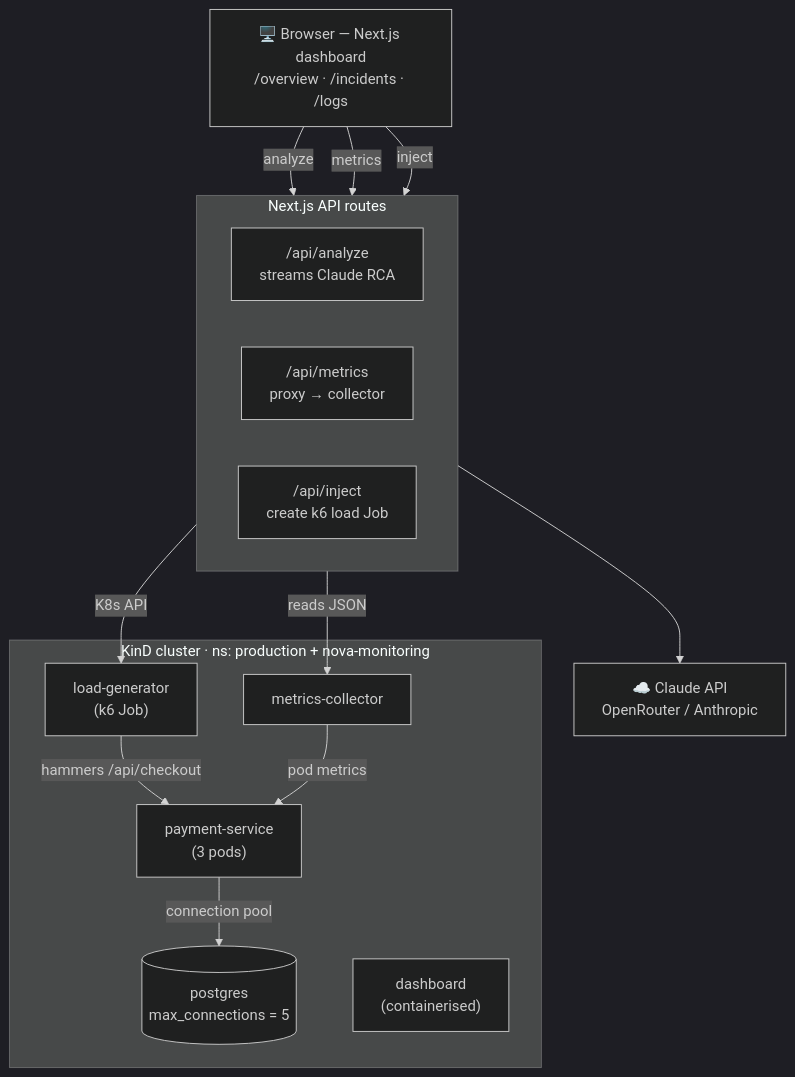
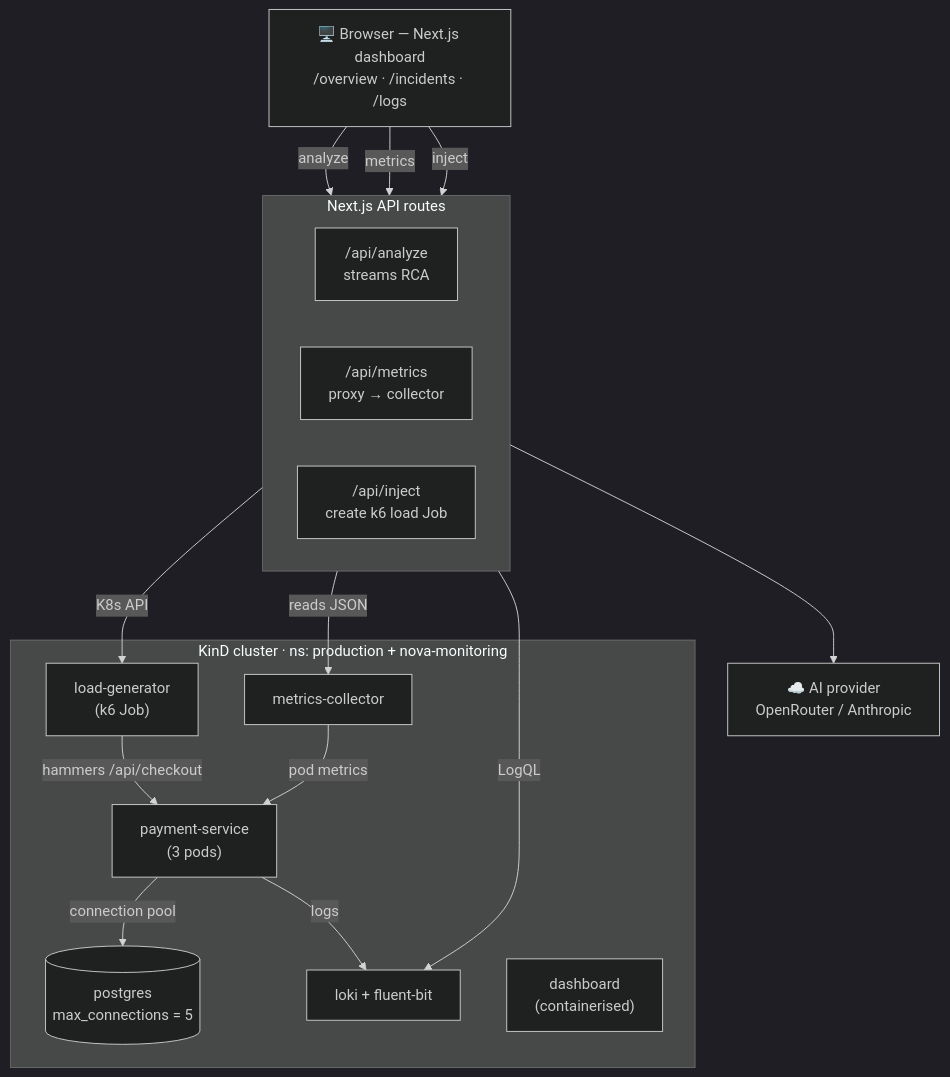
Before and after one commit to maheshshekhar/nova: the second of 3 diagrams in README.md, drawn with Mermaid (dark theme). The commit also changed other lines of this file, not shown here.

````diff
--- a/README.md
+++ b/README.md
@@ -200,33 +284,36 @@
 ```mermaid
 flowchart TB
     UI["🖥️ Browser — Next.js dashboard<br/>/overview · /incidents · /logs"]
 
     subgraph api["Next.js API routes"]
         direction LR
-        ANALYZE["/api/analyze<br/>streams Claude RCA"]
+        ANALYZE["/api/analyze<br/>streams RCA"]
         METRICS["/api/metrics<br/>proxy → collector"]
         INJECT["/api/inject<br/>create k6 load Job"]
     end
 
-    CLAUDE["☁️ Claude API<br/>OpenRouter / Anthropic"]
+    CLAUDE["☁️ AI provider<br/>OpenRouter / Anthropic"]
 
     subgraph cluster["KinD cluster · ns: production + nova-monitoring"]
-        PS["payment-service<br/>(3 pods)"]
+        PSVC["payment-service<br/>(3 pods)"]
         PG[("postgres<br/>max_connections = 5")]
         MC["metrics-collector"]
         LG["load-generator<br/>(k6 Job)"]
+        LOKI["loki + fluent-bit"]
         DASH["dashboard<br/>(containerised)"]
     end
 
     UI -->|analyze| ANALYZE
     UI -->|metrics| METRICS
     UI -->|inject| INJECT
 
     ANALYZE --> CLAUDE
+    ANALYZE -->|LogQL| LOKI
     METRICS -->|reads JSON| MC
     INJECT -->|K8s API| LG
 
-    LG -->|hammers /api/checkout| PS
-    PS -->|connection pool| PG
-    MC -->|pod metrics| PS
+    LG -->|hammers /api/checkout| PSVC
+    PSVC -->|connection pool| PG
+    PSVC -->|logs| LOKI
+    MC -->|pod metrics| PSVC
 ```
````
